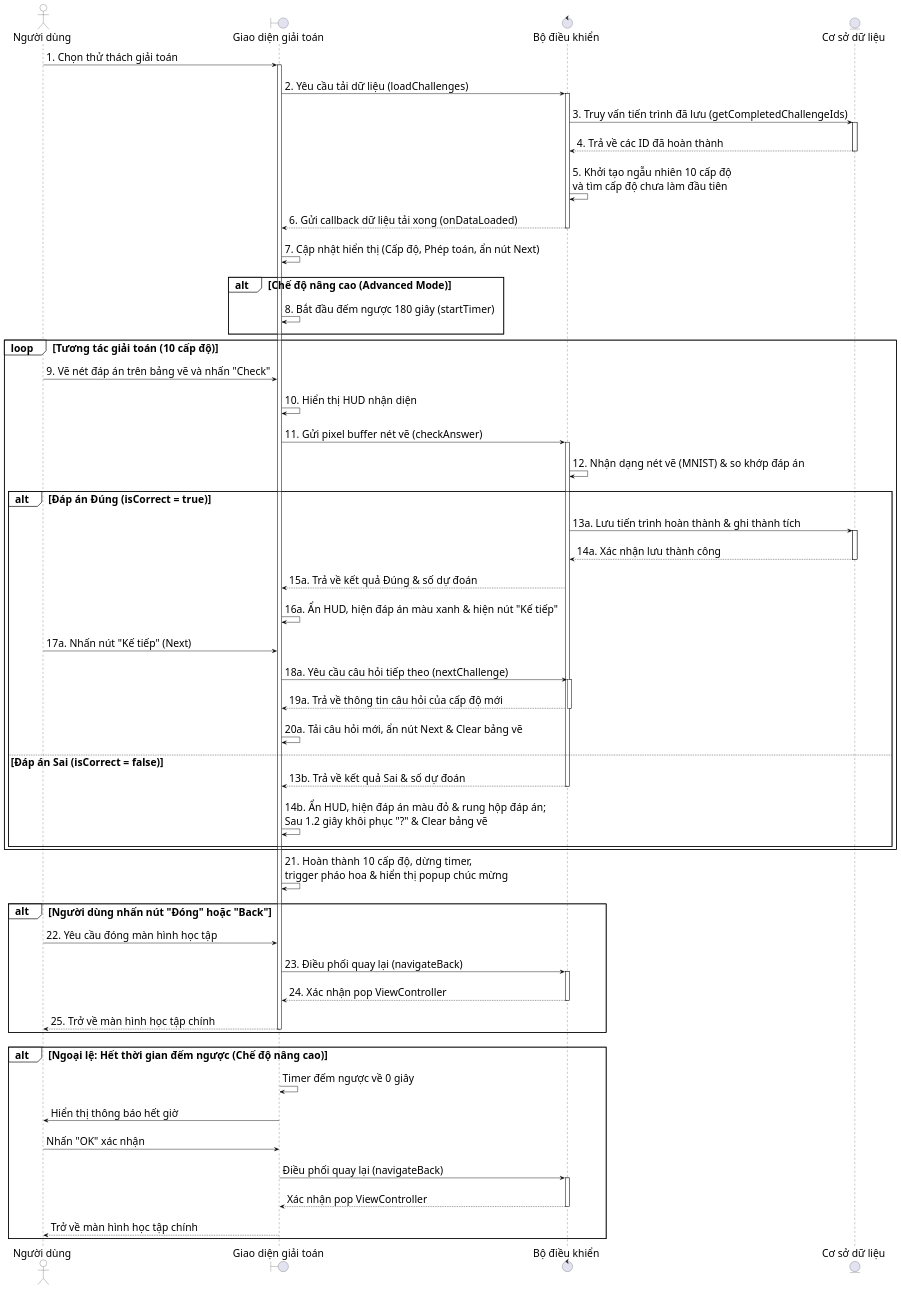
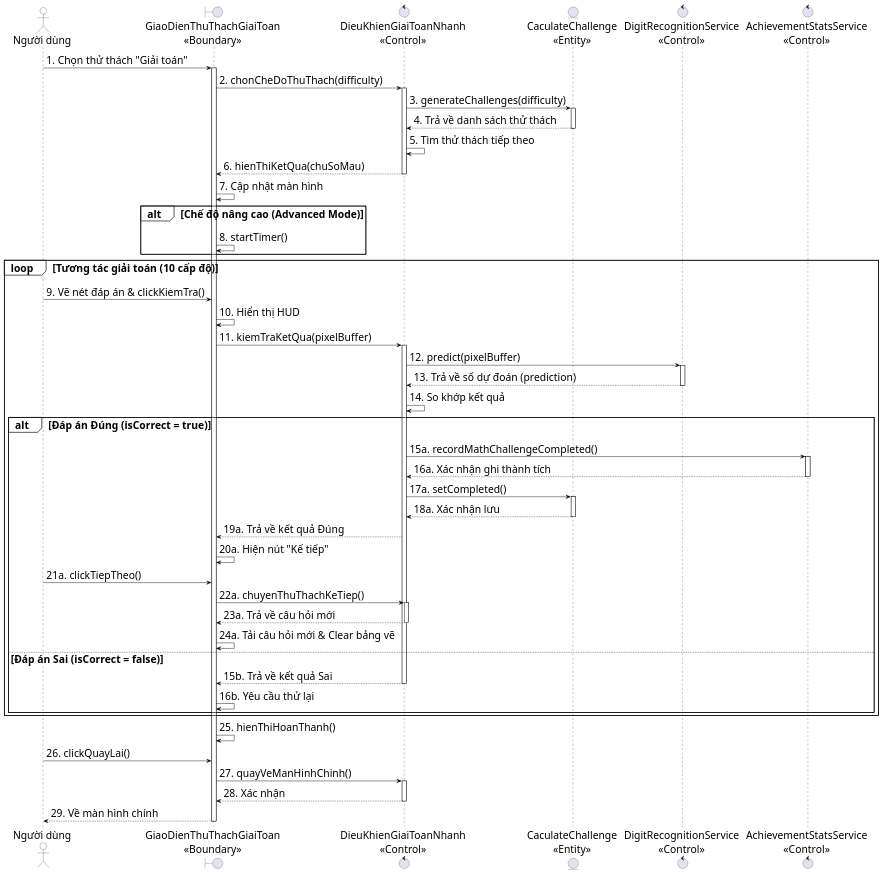
The diagram in docs/SD/sequence_diagram_calculate.puml (mitiie/KidX), drawn with PlantUML before and after one commit. The commit also changed 22 other files, not shown here.

```diff
--- a/docs/SD/sequence_diagram_calculate.puml
+++ b/docs/SD/sequence_diagram_calculate.puml
@@ -1,133 +1,103 @@
 @startuml SD_GiaiToanNhanh
 skinparam defaultFontName Arial
 skinparam defaultFontSize 24
 skinparam shadowing false
 skinparam ParticipantPadding 15
 skinparam BoxPadding 10
 
 skinparam sequence {
   ParticipantBorderColor Black
   ParticipantBackgroundColor White
   ActorBorderColor Black
   ActorBackgroundColor White
   LifeLineBorderColor Black
   LifeLineBorderThickness 2
   LifeLineBackgroundColor White
   ArrowColor Black
   GroupBorderColor Black
   GroupBackgroundColor White
   ActivationBorderColor Black
   ActivationBackgroundColor #EEEEEE
 }
 
 actor "Người dùng" as User
-boundary "Giao diện giải toán" as UI
-control "Bộ điều khiển" as Controller
-entity "Cơ sở dữ liệu" as CSDL
+boundary "GiaoDienThuThachGiaiToan\n<<Boundary>>" as UI
+control "DieuKhienGiaiToanNhanh\n<<Control>>" as Controller
+entity "CaculateChallenge\n<<Entity>>" as Challenge
+control "DigitRecognitionService\n<<Control>>" as Predictor
+control "AchievementStatsService\n<<Control>>" as StatsService
 
-User -> UI : 1. Chọn thử thách giải toán
+User -> UI : 1. Chọn thử thách "Giải toán"
 activate UI
-||20||
 
-UI -> Controller : 2. Yêu cầu tải dữ liệu (loadChallenges)
+UI -> Controller : 2. chonCheDoThuThach(difficulty)
 activate Controller
-||20||
 
-Controller -> CSDL : 3. Truy vấn tiến trình đã lưu (getCompletedChallengeIds)
-activate CSDL
-||20||
-CSDL --> Controller : 4. Trả về các ID đã hoàn thành
-deactivate CSDL
-||20||
+Controller -> Challenge : 3. generateChallenges(difficulty)
+activate Challenge
+Challenge --> Controller : 4. Trả về danh sách thử thách
+deactivate Challenge
 
-Controller -> Controller : 5. Khởi tạo ngẫu nhiên 10 cấp độ\nvà tìm cấp độ chưa làm đầu tiên
-||20||
+Controller -> Controller : 5. Tìm thử thách tiếp theo
 
-Controller --> UI : 6. Gửi callback dữ liệu tải xong (onDataLoaded)
+Controller --> UI : 6. hienThiKetQua(chuSoMau)
 deactivate Controller
-||20||
 
-UI -> UI : 7. Cập nhật hiển thị (Cấp độ, Phép toán, ẩn nút Next)
-||20||
+UI -> UI : 7. Cập nhật màn hình
 
 alt Chế độ nâng cao (Advanced Mode)
-  UI -> UI : 8. Bắt đầu đếm ngược 180 giây (startTimer)
-  ||20||
+  UI -> UI : 8. startTimer()
 end
 
 loop Tương tác giải toán (10 cấp độ)
-  User -> UI : 9. Vẽ nét đáp án trên bảng vẽ và nhấn "Check"
-  ||20||
-  UI -> UI : 10. Hiển thị HUD nhận diện
-  ||20||
-  UI -> Controller : 11. Gửi pixel buffer nét vẽ (checkAnswer)
+  User -> UI : 9. Vẽ nét đáp án & clickKiemTra()
+  UI -> UI : 10. Hiển thị HUD
+  
+  UI -> Controller : 11. kiemTraKetQua(pixelBuffer)
   activate Controller
-  ||20||
-  Controller -> Controller : 12. Nhận dạng nét vẽ (MNIST) & so khớp đáp án
-  ||20||
+  
+  Controller -> Predictor : 12. predict(pixelBuffer)
+  activate Predictor
+  Predictor --> Controller : 13. Trả về số dự đoán (prediction)
+  deactivate Predictor
+  
+  Controller -> Controller : 14. So khớp kết quả
   
   alt Đáp án Đúng (isCorrect = true)
-    Controller -> CSDL : 13a. Lưu tiến trình hoàn thành & ghi thành tích
-    activate CSDL
-    ||20||
-    CSDL --> Controller : 14a. Xác nhận lưu thành công
-    deactivate CSDL
-    ||20||
-    Controller --> UI : 15a. Trả về kết quả Đúng & số dự đoán
-    ||20||
-    UI -> UI : 16a. Ẩn HUD, hiện đáp án màu xanh & hiện nút "Kế tiếp"
-    ||20||
+    Controller -> StatsService : 15a. recordMathChallengeCompleted()
+    activate StatsService
+    StatsService --> Controller : 16a. Xác nhận ghi thành tích
+    deactivate StatsService
     
-    User -> UI : 17a. Nhấn nút "Kế tiếp" (Next)
-    ||20||
-    UI -> Controller : 18a. Yêu cầu câu hỏi tiếp theo (nextChallenge)
+    Controller -> Challenge : 17a. setCompleted()
+    activate Challenge
+    Challenge --> Controller : 18a. Xác nhận lưu
+    deactivate Challenge
+    
+    Controller --> UI : 19a. Trả về kết quả Đúng
+    UI -> UI : 20a. Hiện nút "Kế tiếp"
+    
+    User -> UI : 21a. clickTiepTheo()
+    UI -> Controller : 22a. chuyenThuThachKeTiep()
     activate Controller
-    ||20||
-    Controller --> UI : 19a. Trả về thông tin câu hỏi của cấp độ mới
+    Controller --> UI : 23a. Trả về câu hỏi mới
     deactivate Controller
-    ||20||
-    UI -> UI : 20a. Tải câu hỏi mới, ẩn nút Next & Clear bảng vẽ
-    ||20||
+    UI -> UI : 24a. Tải câu hỏi mới & Clear bảng vẽ
     
   else Đáp án Sai (isCorrect = false)
-    Controller --> UI : 13b. Trả về kết quả Sai & số dự đoán
+    Controller --> UI : 15b. Trả về kết quả Sai
     deactivate Controller
-    ||20||
-    UI -> UI : 14b. Ẩn HUD, hiện đáp án màu đỏ & rung hộp đáp án;\nSau 1.2 giây khôi phục "?" & Clear bảng vẽ
-    ||20||
+    UI -> UI : 16b. Yêu cầu thử lại
   end
 end
 
-UI -> UI : 21. Hoàn thành 10 cấp độ, dừng timer,\ntrigger pháo hoa & hiển thị popup chúc mừng
-||20||
+UI -> UI : 25. hienThiHoanThanh()
 
-alt Người dùng nhấn nút "Đóng" hoặc "Back"
-  User -> UI : 22. Yêu cầu đóng màn hình học tập
-  ||20||
-  UI -> Controller : 23. Điều phối quay lại (navigateBack)
-  activate Controller
-  ||20||
-  Controller --> UI : 24. Xác nhận pop ViewController
-  deactivate Controller
-  ||20||
-  UI --> User : 25. Trở về màn hình học tập chính
-  deactivate UI
-end
-||20||
-
-alt Ngoại lệ: Hết thời gian đếm ngược (Chế độ nâng cao)
-  UI -> UI : Timer đếm ngược về 0 giây
-  ||20||
-  UI -> User : Hiển thị thông báo hết giờ
-  ||20||
-  User -> UI : Nhấn "OK" xác nhận
-  ||20||
-  UI -> Controller : Điều phối quay lại (navigateBack)
-  activate Controller
-  ||20||
-  Controller --> UI : Xác nhận pop ViewController
-  deactivate Controller
-  ||20||
-  UI --> User : Trở về màn hình học tập chính
-end
+User -> UI : 26. clickQuayLai()
+UI -> Controller : 27. quayVeManHinhChinh()
+activate Controller
+Controller --> UI : 28. Xác nhận
+deactivate Controller
+UI --> User : 29. Về màn hình chính
+deactivate UI
 @enduml
```
